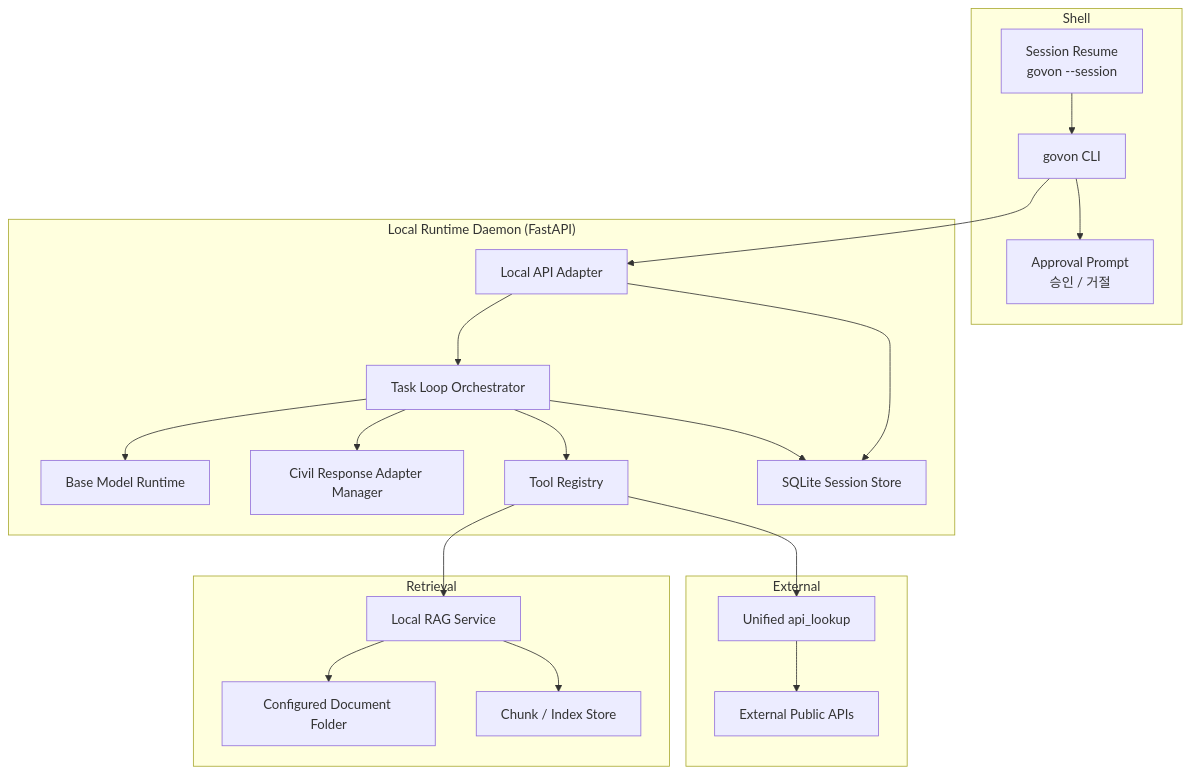
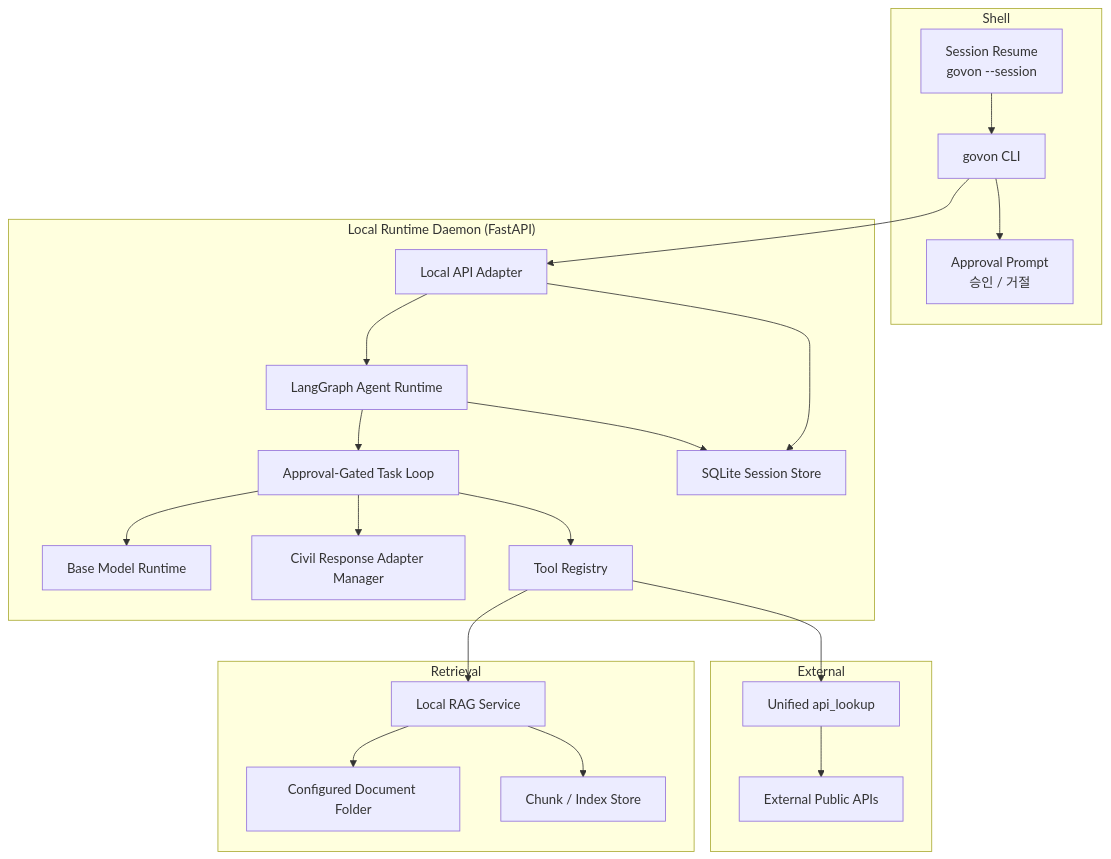
Before and after one commit to yuujjjj/AIOSS_GovOn: the diagram in docs/architecture/GovOn-shell-mvp-architecture.md, drawn with Mermaid. The commit also changed other lines of this file and 8 other files, not shown here.

First line of the commit message:
Merge pull request #441 from GovOn-Org/docs/402-langgraph-shell-roadmap

````diff
--- a/docs/architecture/GovOn-shell-mvp-architecture.md
+++ b/docs/architecture/GovOn-shell-mvp-architecture.md
@@ -133,43 +144,45 @@
 ```mermaid
 graph TB
     subgraph Shell
         CLI["govon CLI"]
         APPROVAL["Approval Prompt<br/>승인 / 거절"]
         SESSION["Session Resume<br/>govon --session <id>"]
     end
 
     subgraph LocalRuntime["Local Runtime Daemon (FastAPI)"]
         API["Local API Adapter"]
-        LOOP["Task Loop Orchestrator"]
+        GRAPH["LangGraph Agent Runtime"]
+        LOOP["Approval-Gated Task Loop"]
         MODEL["Base Model Runtime"]
         ADAPTER["Civil Response Adapter Manager"]
         TOOLS["Tool Registry"]
         STORE["SQLite Session Store"]
     end
 
     subgraph Retrieval
         RAG["Local RAG Service"]
         DOCS["Configured Document Folder"]
         INDEX["Chunk / Index Store"]
     end
 
     subgraph External
         API_LOOKUP["Unified api_lookup"]
         PUBLIC_API["External Public APIs"]
     end
 
     CLI --> API
     CLI --> APPROVAL
     SESSION --> CLI
-    API --> LOOP
+    API --> GRAPH
+    GRAPH --> LOOP
     LOOP --> MODEL
     LOOP --> ADAPTER
     LOOP --> TOOLS
     TOOLS --> RAG
     TOOLS --> API_LOOKUP
     API_LOOKUP --> PUBLIC_API
     RAG --> DOCS
     RAG --> INDEX
     API --> STORE
-    LOOP --> STORE
+    GRAPH --> STORE
 ```
````
